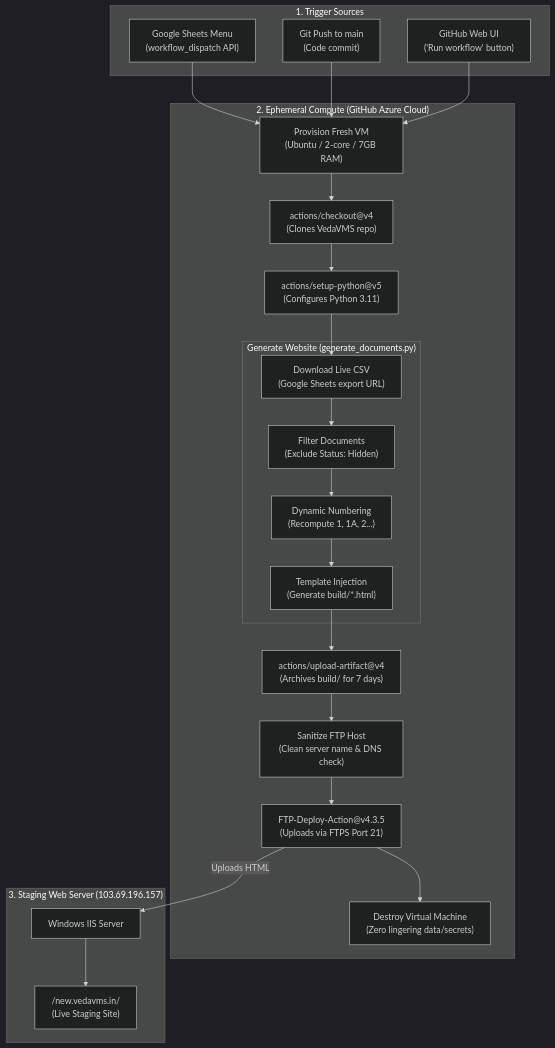
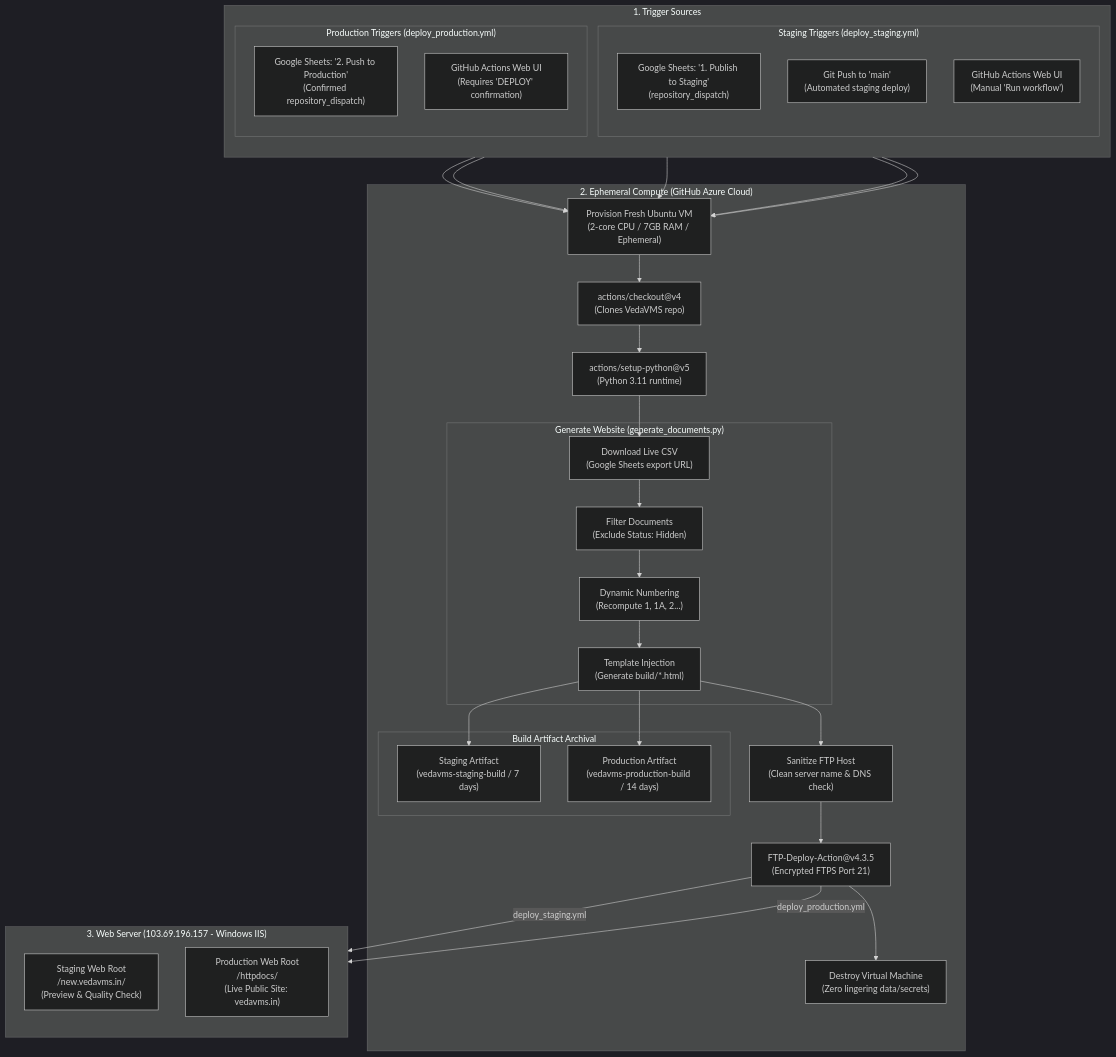
The second of 2 diagrams in MAINTAINER_GUIDE.md (sekharnarayanaswamy-del/VedaVMS), drawn with Mermaid (dark theme) before and after one commit. The commit also changed other lines of this file and 11 other files, not shown here.

````diff
--- a/MAINTAINER_GUIDE.md
+++ b/MAINTAINER_GUIDE.md
@@ -298,38 +306,61 @@
 ```mermaid
 flowchart TD
     subgraph TriggerSource["1. Trigger Sources"]
-        T1["Google Sheets Menu<br/>(workflow_dispatch API)"]
-        T2["Git Push to main<br/>(Code commit)"]
-        T3["GitHub Web UI<br/>('Run workflow' button)"]
+        direction TB
+        subgraph StagingTriggers["Staging Triggers (deploy_staging.yml)"]
+            T_GS1["Google Sheets: '1. Publish to Staging'<br/>(repository_dispatch)"]
+            T_GIT["Git Push to 'main'<br/>(Automated staging deploy)"]
+            T_UI1["GitHub Actions Web UI<br/>(Manual 'Run workflow')"]
+        end
+        subgraph ProdTriggers["Production Triggers (deploy_production.yml)"]
+            T_GS2["Google Sheets: '2. Push to Production'<br/>(Confirmed repository_dispatch)"]
+            T_UI2["GitHub Actions Web UI<br/>(Requires 'DEPLOY' confirmation)"]
+        end
     end
 
     subgraph GitHubRunner["2. Ephemeral Compute (GitHub Azure Cloud)"]
-        VM["Provision Fresh VM<br/>(Ubuntu / 2-core / 7GB RAM)"]
+        VM["Provision Fresh Ubuntu VM<br/>(2-core CPU / 7GB RAM / Ephemeral)"]
         CHECKOUT["actions/checkout@v4<br/>(Clones VedaVMS repo)"]
-        PYSETUP["actions/setup-python@v5<br/>(Configures Python 3.11)"]
+        PYSETUP["actions/setup-python@v5<br/>(Python 3.11 runtime)"]
         
         subgraph BuildStep["Generate Website (generate_documents.py)"]
             FETCH["Download Live CSV<br/>(Google Sheets export URL)"]
             FILTER["Filter Documents<br/>(Exclude Status: Hidden)"]
             RENUMBER["Dynamic Numbering<br/>(Recompute 1, 1A, 2...)"]
             RENDER["Template Injection<br/>(Generate build/*.html)"]
         end
-        
-        ARTIFACT["actions/upload-artifact@v4<br/>(Archives build/ for 7 days)"]
+
+        subgraph ArtifactStep["Build Artifact Archival"]
+            ART_STG["Staging Artifact<br/>(vedavms-staging-build / 7 days)"]
+            ART_PRD["Production Artifact<br/>(vedavms-production-build / 14 days)"]
+        end
+
         PREP["Sanitize FTP Host<br/>(Clean server name & DNS check)"]
-        DEPLOY["FTP-Deploy-Action@v4.3.5<br/>(Uploads via FTPS Port 21)"]
+        DEPLOY["FTP-Deploy-Action@v4.3.5<br/>(Encrypted FTPS Port 21)"]
         DESTROY["Destroy Virtual Machine<br/>(Zero lingering data/secrets)"]
     end
 
-    subgraph StagingServer["3. Staging Web Server (103.69.196.157)"]
-        IIS["Windows IIS Server"]
-        WEBROOT["/new.vedavms.in/<br/>(Live Staging Site)"]
+    subgraph WebServer["3. Web Server (103.69.196.157 - Windows IIS)"]
+        direction TB
+        STG_DIR["Staging Web Root<br/>/new.vedavms.in/<br/>(Preview & Quality Check)"]
+        PRD_DIR["Production Web Root<br/>/httpdocs/<br/>(Live Public Site: vedavms.in)"]
     end
 
-    T1 --> VM
-    T2 --> VM
-    T3 --> VM
-    VM --> CHECKOUT --> PYSETUP --> FETCH --> FILTER --> RENUMBER --> RENDER --> ARTIFACT --> PREP --> DEPLOY
-    DEPLOY -->|"Uploads HTML"| IIS --> WEBROOT
+    %% Trigger connections
+    T_GS1 --> VM
+    T_GIT --> VM
+    T_UI1 --> VM
+    T_GS2 --> VM
+    T_UI2 --> VM
+
+    %% Build pipeline flow
+    VM --> CHECKOUT --> PYSETUP --> FETCH --> FILTER --> RENUMBER --> RENDER
+    RENDER --> ART_STG
+    RENDER --> ART_PRD
+    RENDER --> PREP --> DEPLOY
+
+    %% Deployment targets
+    DEPLOY -->|"deploy_staging.yml"| STG_DIR
+    DEPLOY -->|"deploy_production.yml"| PRD_DIR
     DEPLOY --> DESTROY
 ```
````
